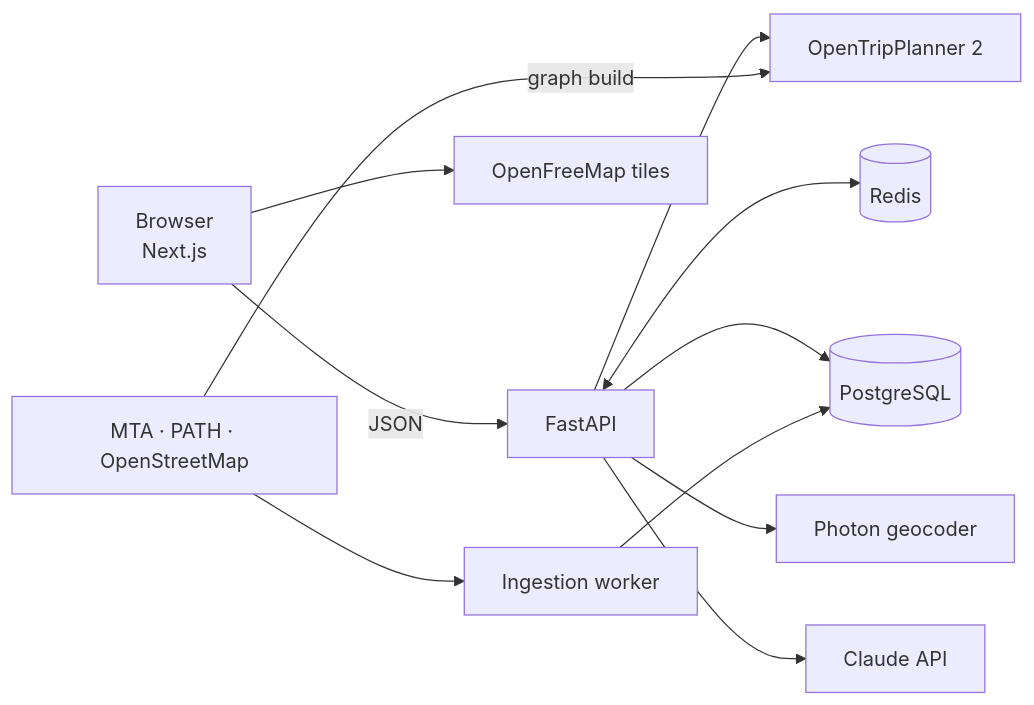
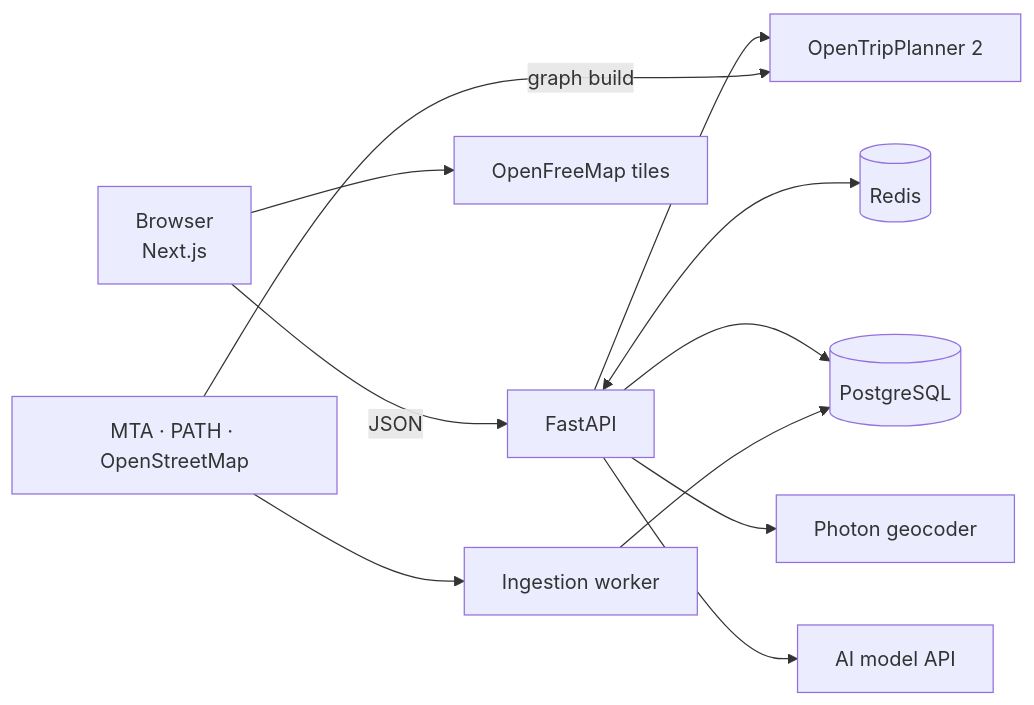
Before and after one commit to VarshithaGudibandi/smart-route-nyc: the diagram in README.md, drawn with Mermaid. The commit also changed other lines of this file and 16 other files, not shown here.

````diff
--- a/README.md
+++ b/README.md
@@ -23,13 +20,13 @@
 ```mermaid
 flowchart LR
   B[Browser<br/>Next.js] -->|JSON| API[FastAPI]
   B --> T[OpenFreeMap tiles]
   API --> OTP[OpenTripPlanner 2]
   API <--> R[(Redis)]
   API --> PG[(PostgreSQL)]
   API --> G[Photon geocoder]
-  API --> C[Claude API]
+  API --> C[AI model API]
   W[Ingestion worker] --> PG
   F[MTA · PATH · OpenStreetMap] --> W
   F -->|graph build| OTP
 ```
````
